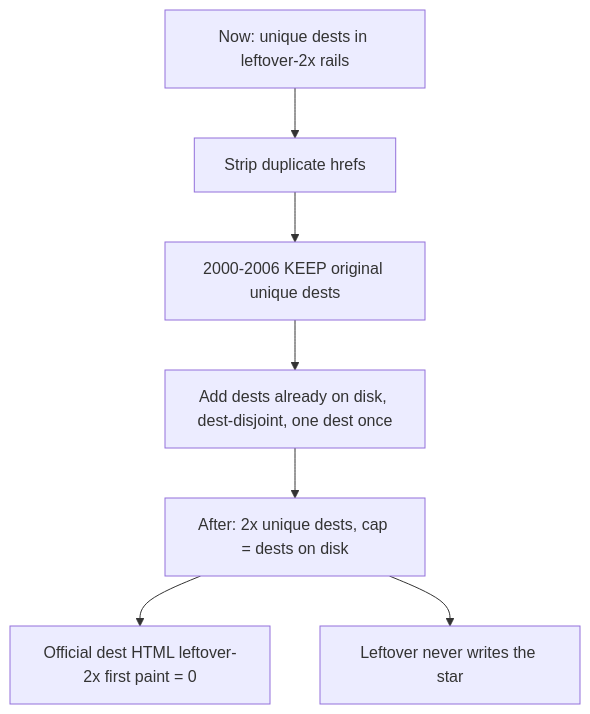
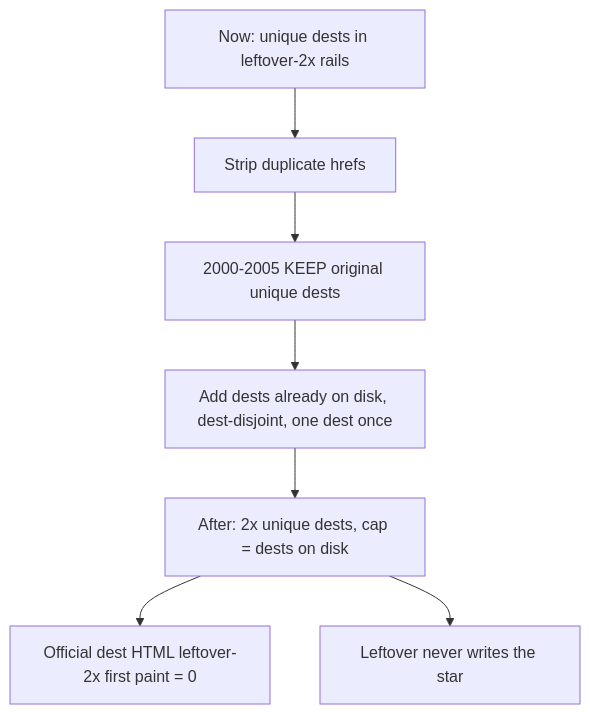
Before and after one commit to sourabhligade/internet-through-time: the first of 2 diagrams in docs/LEFTOVER-2X-UNIQUE-LINKS.md, drawn with Mermaid. The commit also changed other lines of this file and 972 other files, not shown here.

````diff
--- a/docs/LEFTOVER-2X-UNIQUE-LINKS.md
+++ b/docs/LEFTOVER-2X-UNIQUE-LINKS.md
@@ -24,9 +24,9 @@
 ```mermaid
 flowchart TD
  NOW["Now: unique dests in leftover-2x rails"] --> STRIP["Strip duplicate hrefs"]
- STRIP --> KEEP["2000-2006 KEEP original unique dests"]
+ STRIP --> KEEP["2000-2005 KEEP original unique dests"]
  KEEP --> ADD["Add dests already on disk, dest-disjoint, one dest once"]
  ADD --> AFTER["After: 2x unique dests, cap = dests on disk"]
  AFTER --> OFF["Official dest HTML leftover-2x first paint = 0"]
  AFTER --> STAR["Leftover never writes the star"]
 ```
````
